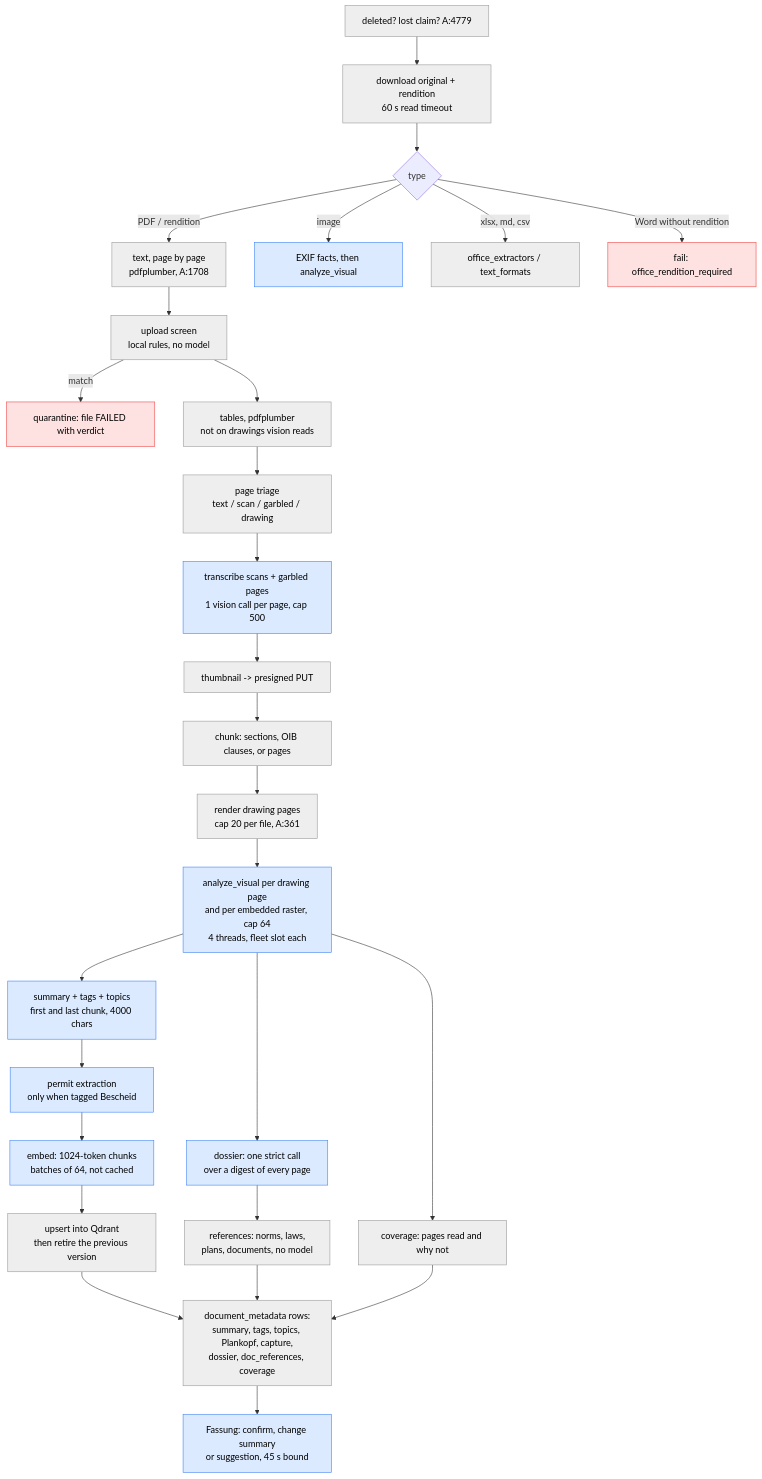
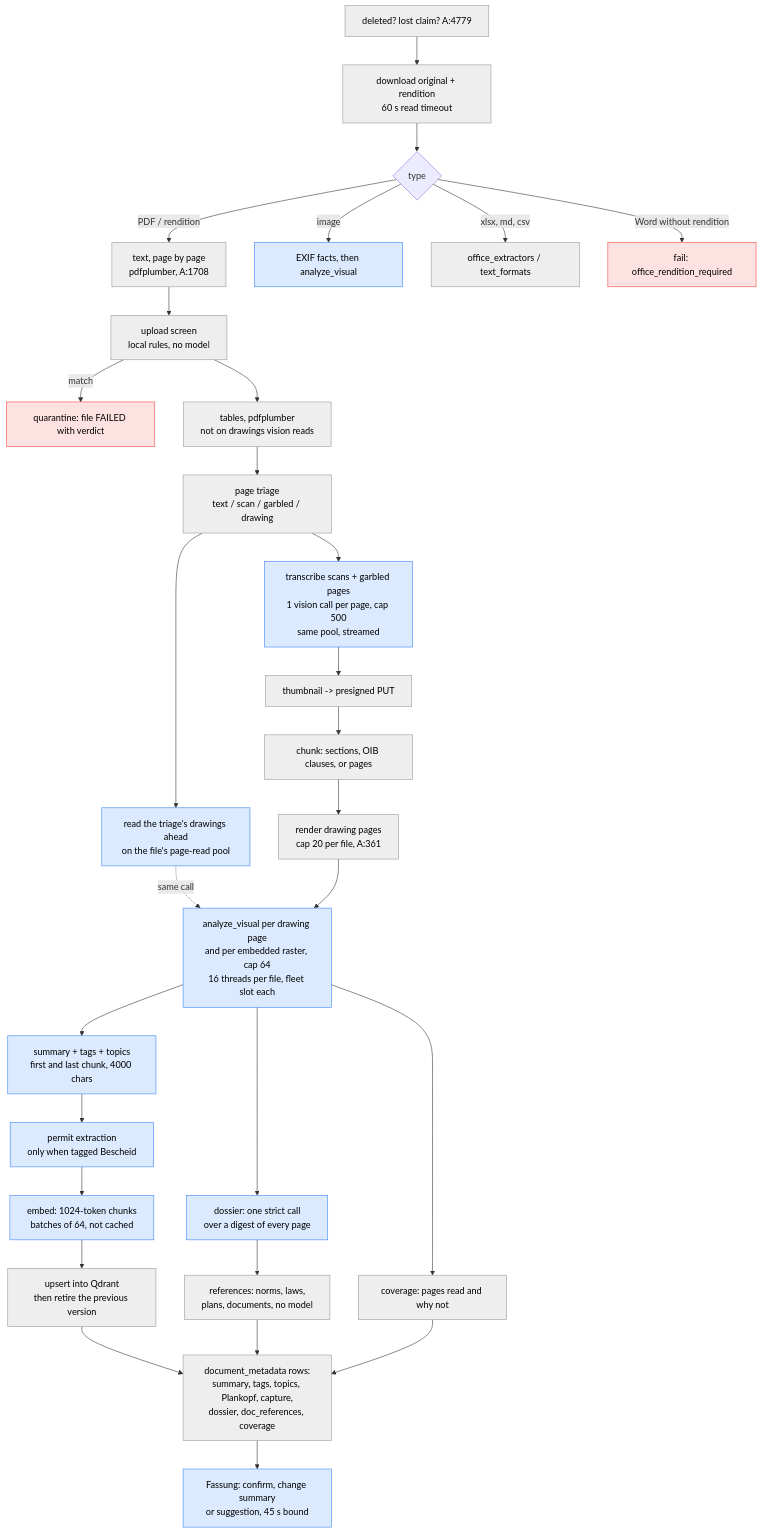
The third of 7 diagrams in docs/architecture/ingestion-pipeline.md (archos-at/archos), drawn with Mermaid before and after one commit. The commit also changed other lines of this file and 25 other files, not shown here.

````diff
--- a/docs/architecture/ingestion-pipeline.md
+++ b/docs/architecture/ingestion-pipeline.md
@@ -124,33 +124,35 @@
 ```mermaid
 flowchart TB
   classDef cpu fill:#eee,stroke:#999,color:#000
   classDef model fill:#dbeafe,stroke:#3b82f6,color:#000
   classDef stop fill:#fee2e2,stroke:#ef4444,color:#000
 
   G[deleted? lost claim? A:4779]:::cpu --> DL[download original + rendition<br/>60 s read timeout]:::cpu
   DL --> TY{type}
   TY -- PDF / rendition --> TX[text, page by page<br/>pdfplumber, A:1708]:::cpu
   TY -- image --> EX[EXIF facts, then analyze_visual]:::model
   TY -- xlsx, md, csv --> OX[office_extractors / text_formats]:::cpu
   TY -- Word without rendition --> F1[fail: office_rendition_required]:::stop
   TX --> SC[upload screen<br/>local rules, no model]:::cpu
   SC -- match --> QU[quarantine: file FAILED with verdict]:::stop
   SC --> TB[tables, pdfplumber<br/>not on drawings vision reads]:::cpu
   TB --> TR[page triage<br/>text / scan / garbled / drawing]:::cpu
-  TR --> OCR[transcribe scans + garbled pages<br/>1 vision call per page, cap 500]:::model
+  TR --> AH[read the triage's drawings ahead<br/>on the file's page-read pool]:::model
+  TR --> OCR[transcribe scans + garbled pages<br/>1 vision call per page, cap 500<br/>same pool, streamed]:::model
   OCR --> TH[thumbnail -> presigned PUT]:::cpu
   TH --> CH[chunk: sections, OIB clauses, or pages]:::cpu
   CH --> RD[render drawing pages<br/>cap 20 per file, A:361]:::cpu
-  RD --> VI[analyze_visual per drawing page<br/>and per embedded raster, cap 64<br/>4 threads, fleet slot each]:::model
+  AH -. same call .-> VI
+  RD --> VI[analyze_visual per drawing page<br/>and per embedded raster, cap 64<br/>16 threads per file, fleet slot each]:::model
   VI --> SUM[summary + tags + topics<br/>first and last chunk, 4000 chars]:::model
   VI --> DS[dossier: one strict call<br/>over a digest of every page]:::model
   VI --> CV[coverage: pages read and why not]:::cpu
   SUM --> PM[permit extraction<br/>only when tagged Bescheid]:::model
   DS --> RF[references: norms, laws,<br/>plans, documents, no model]:::cpu
   PM --> EM[embed: 1024-token chunks<br/>batches of 64, not cached]:::model
   EM --> WR[upsert into Qdrant<br/>then retire the previous version]:::cpu
   WR --> MD[document_metadata rows:<br/>summary, tags, topics, Plankopf, capture,<br/>dossier, doc_references, coverage]:::cpu
   RF --> MD
   CV --> MD
   MD --> FA[Fassung: confirm, change summary<br/>or suggestion, 45 s bound]:::model
 ```
````
